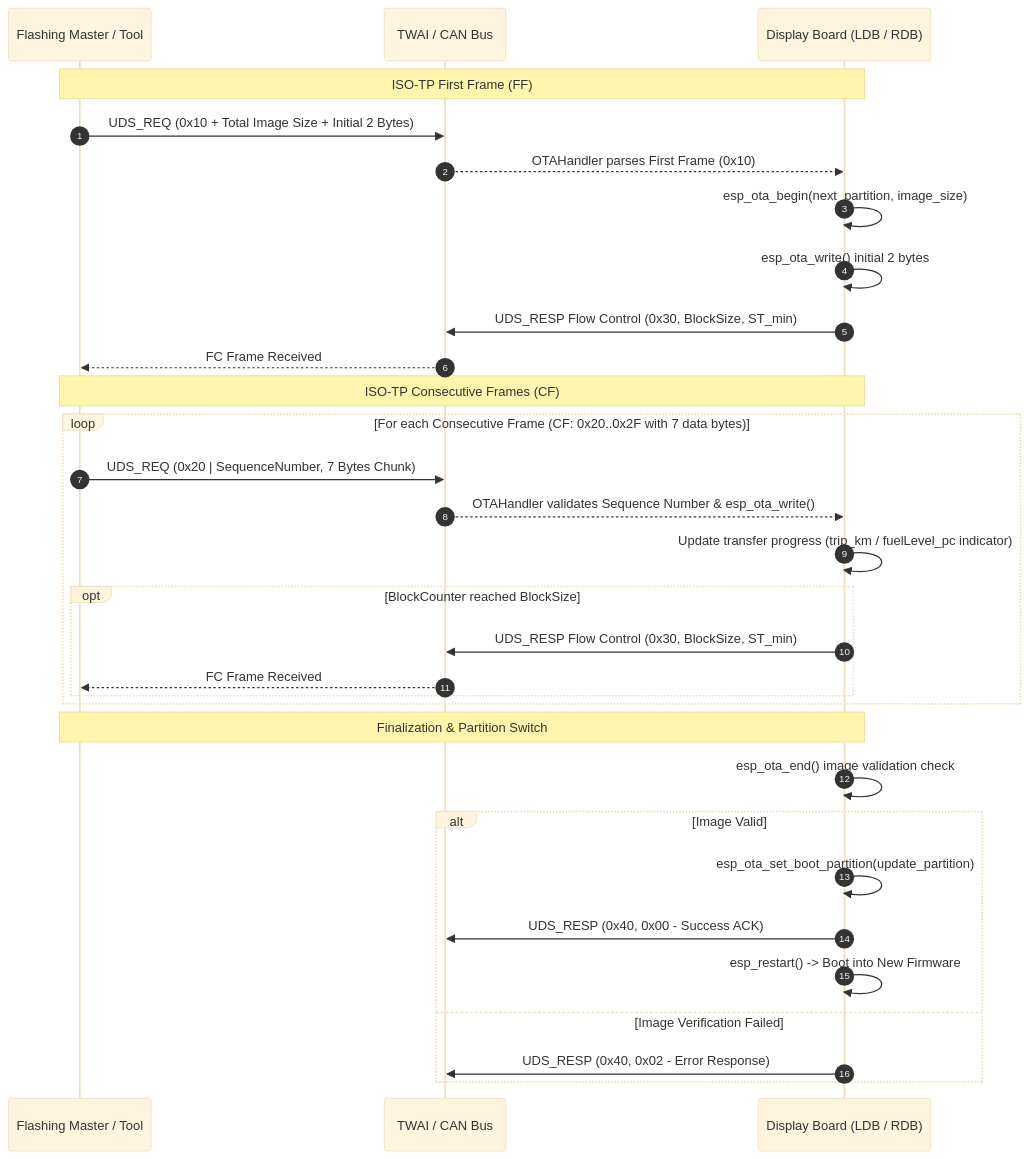
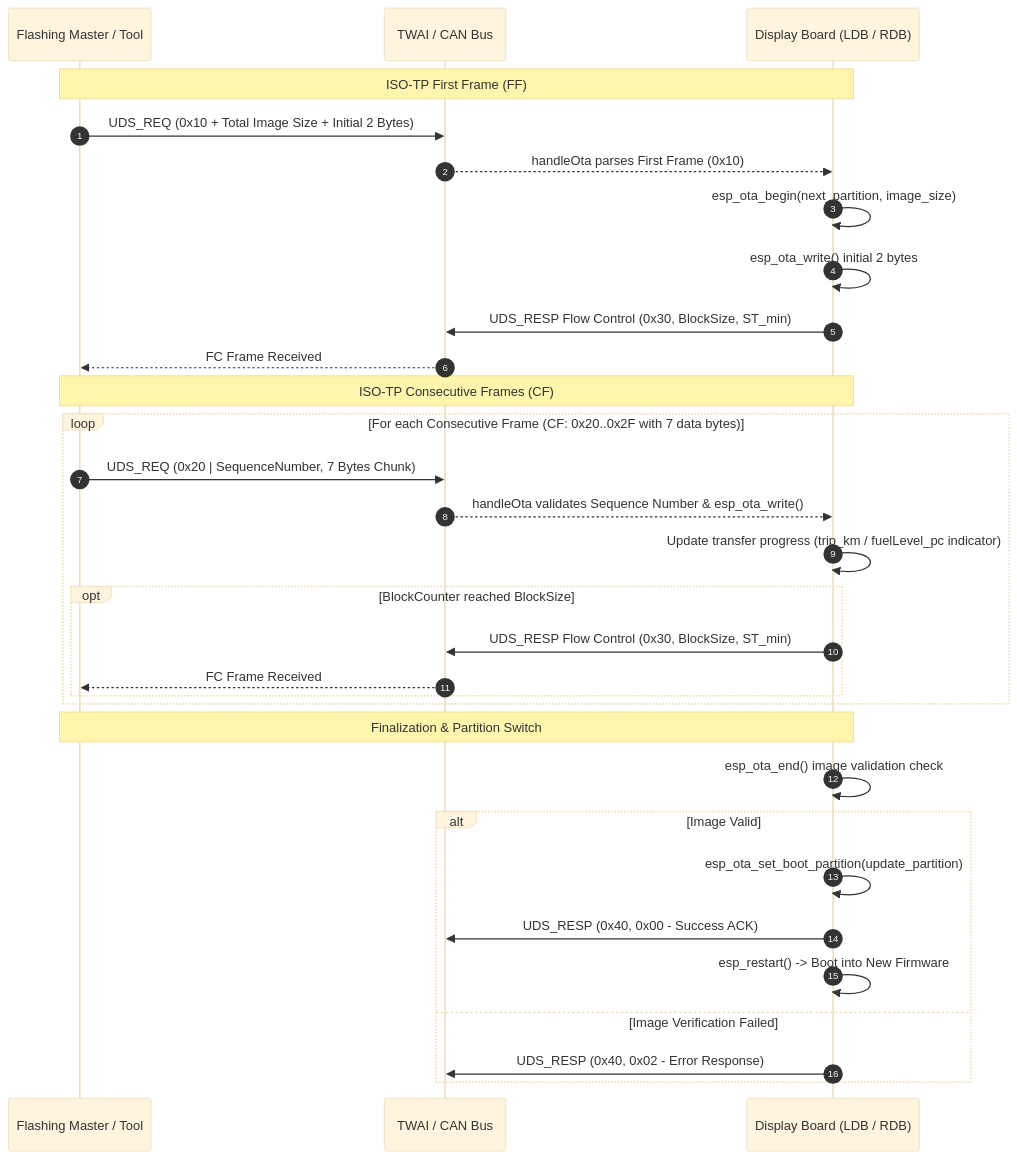
The fourth of 5 diagrams in docs/SCENARIOS.md (martinroger/vx-binocle-espidf), drawn with Mermaid (base theme) before and after one commit. The commit also changed other lines of this file and 26 other files, not shown here.

````diff
--- a/docs/SCENARIOS.md
+++ b/docs/SCENARIOS.md
@@ -112,36 +112,36 @@
 ```mermaid
 sequenceDiagram
     autonumber
     participant MASTER as Flashing Master / Tool
     participant CAN as TWAI / CAN Bus
     participant DSP as Display Board (LDB / RDB)
 
     Note over MASTER, DSP: ISO-TP First Frame (FF)
     MASTER->>CAN: UDS_REQ (0x10 + Total Image Size + Initial 2 Bytes)
-    CAN-->>DSP: OTAHandler parses First Frame (0x10)
+    CAN-->>DSP: handleOta parses First Frame (0x10)
     DSP->>DSP: esp_ota_begin(next_partition, image_size)
     DSP->>DSP: esp_ota_write() initial 2 bytes
     DSP->>CAN: UDS_RESP Flow Control (0x30, BlockSize, ST_min)
     CAN-->>MASTER: FC Frame Received
 
     Note over MASTER, DSP: ISO-TP Consecutive Frames (CF)
     loop For each Consecutive Frame (CF: 0x20..0x2F with 7 data bytes)
         MASTER->>CAN: UDS_REQ (0x20 | SequenceNumber, 7 Bytes Chunk)
-        CAN-->>DSP: OTAHandler validates Sequence Number & esp_ota_write()
+        CAN-->>DSP: handleOta validates Sequence Number & esp_ota_write()
         DSP->>DSP: Update transfer progress (trip_km / fuelLevel_pc indicator)
         opt BlockCounter reached BlockSize
             DSP->>CAN: UDS_RESP Flow Control (0x30, BlockSize, ST_min)
             CAN-->>MASTER: FC Frame Received
         end
     end
 
     Note over MASTER, DSP: Finalization & Partition Switch
     DSP->>DSP: esp_ota_end() image validation check
     alt Image Valid
         DSP->>DSP: esp_ota_set_boot_partition(update_partition)
         DSP->>CAN: UDS_RESP (0x40, 0x00 - Success ACK)
         DSP->>DSP: esp_restart() -> Boot into New Firmware
     else Image Verification Failed
         DSP->>CAN: UDS_RESP (0x40, 0x02 - Error Response)
     end
 ```
````
